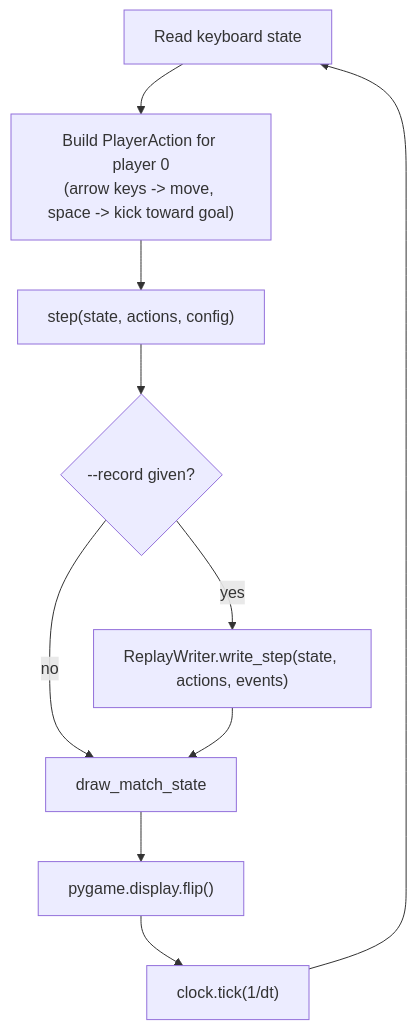
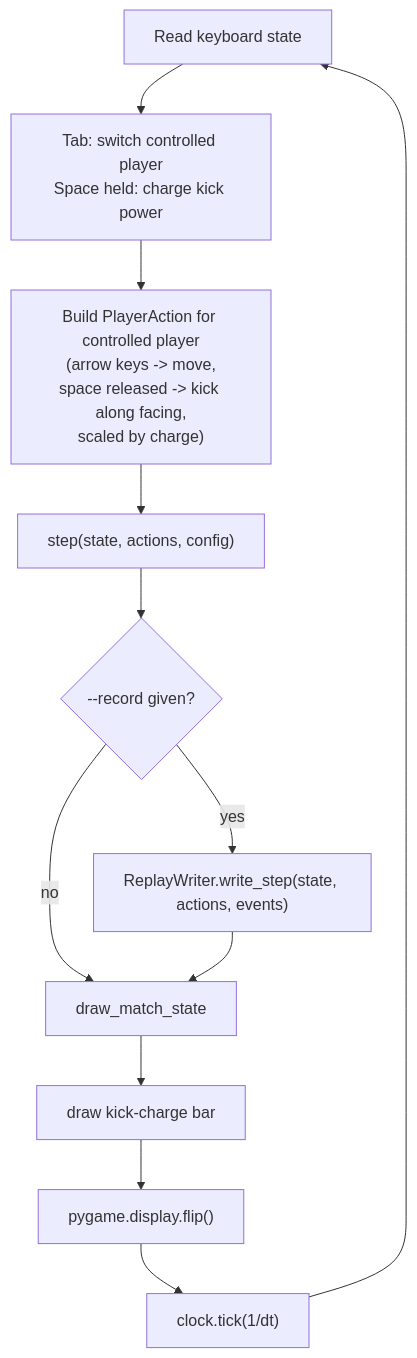
Before and after one commit to guivecchi/soccer_simulation: the second of 3 diagrams in docs/stages/stage2-concepts.md, drawn with Mermaid. The commit also changed other lines of this file and 14 other files, not shown here.

````diff
--- a/docs/stages/stage2-concepts.md
+++ b/docs/stages/stage2-concepts.md
@@ -75,12 +75,14 @@
 ```mermaid
 flowchart TD
-    A[Read keyboard state] --> B["Build PlayerAction for player 0\n(arrow keys -> move, space -> kick toward goal)"]
+    A[Read keyboard state] --> A2["Tab: switch controlled player\nSpace held: charge kick power"]
+    A2 --> B["Build PlayerAction for controlled player\n(arrow keys -> move,\nspace released -> kick along facing,\nscaled by charge)"]
     B --> C["step(state, actions, config)"]
     C --> D{--record given?}
     D -- yes --> E["ReplayWriter.write_step(state, actions, events)"]
     D -- no --> F[draw_match_state]
     E --> F
-    F --> G["pygame.display.flip()"]
+    F --> F2[draw kick-charge bar]
+    F2 --> G["pygame.display.flip()"]
     G --> H["clock.tick(1/dt)"]
     H --> A
 ```
````
